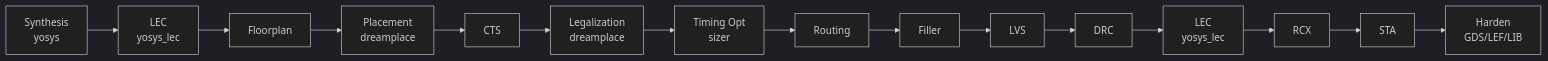
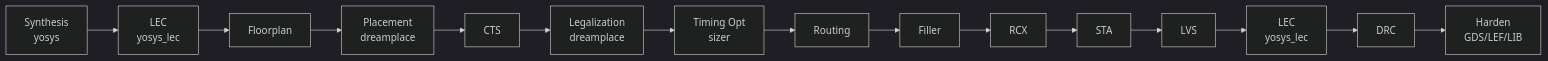
One commit to openecos-projects/ecc changed the second of 2 diagrams in docs/ecc-cli-tutorial.en.md. Above: the diagram before and after it, drawn with Mermaid (dark theme). The commit also changed other lines of this file and 13 other files, not shown here.

Commit message:
fix(rtl2gds): align flow step order

````diff
--- a/docs/ecc-cli-tutorial.en.md
+++ b/docs/ecc-cli-tutorial.en.md
@@ -295,6 +295,6 @@
 ```mermaid
 graph LR
     A[Synthesis<br/>yosys] --> Q[LEC<br/>yosys_lec] --> B[Floorplan] --> D[Placement<br/>dreamplace]
     D --> E[CTS] --> F[Legalization<br/>dreamplace] --> T[Timing Opt<br/>sizer] --> G[Routing]
-    G --> J[Filler] --> I[LVS] --> H[DRC] --> N[LEC<br/>yosys_lec] --> K[RCX] --> L[STA] --> M[Harden<br/>GDS/LEF/LIB]
+    G --> J[Filler] --> K[RCX] --> L[STA] --> I[LVS] --> N[LEC<br/>yosys_lec] --> H[DRC] --> M[Harden<br/>GDS/LEF/LIB]
 ```
````
